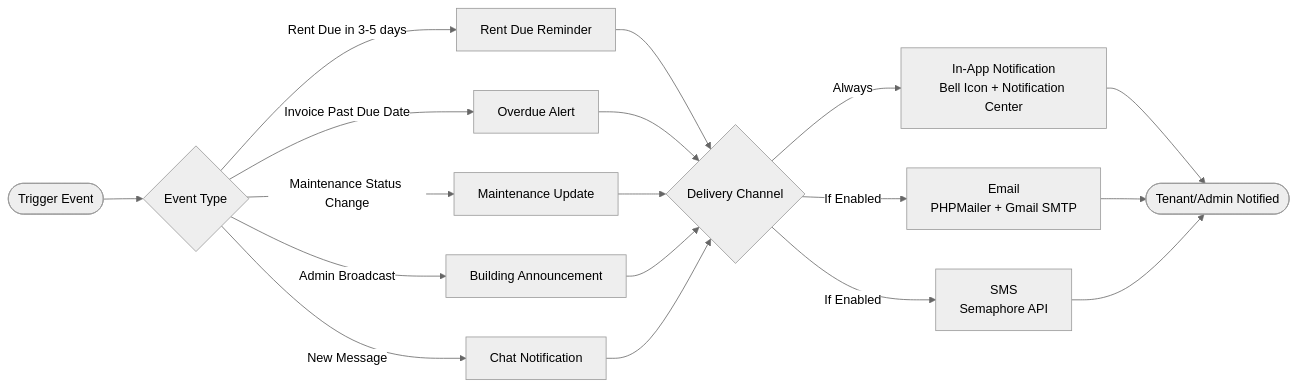
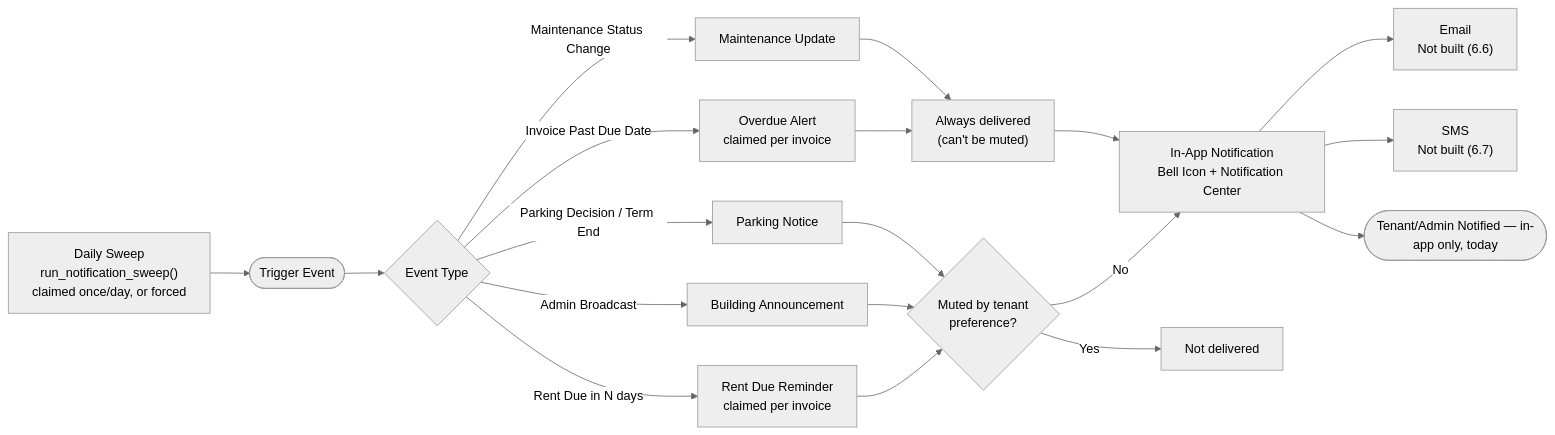
The sixth of 11 diagrams in docs/features/panelist_feature_checklist.md (Keonbe/ApartmentManagementSystem_React), drawn with Mermaid (neutral theme) before and after one commit. The commit also changed other lines of this file and 72 other files, not shown here.

````diff
--- a/docs/features/panelist_feature_checklist.md
+++ b/docs/features/panelist_feature_checklist.md
@@ -216,20 +216,21 @@
 ```mermaid
 flowchart LR
+    S["Daily Sweep<br/>run_notification_sweep()<br/>claimed once/day, or forced"] --> A
     A(["Trigger Event"]) --> B{"Event Type"}
-    B -->|Rent Due in 3-5 days| C["Rent Due Reminder"]
-    B -->|Invoice Past Due Date| D["Overdue Alert"]
+    B -->|Rent Due in N days| C["Rent Due Reminder<br/>claimed per invoice"]
+    B -->|Invoice Past Due Date| D["Overdue Alert<br/>claimed per invoice"]
     B -->|Maintenance Status Change| E["Maintenance Update"]
     B -->|Admin Broadcast| F["Building Announcement"]
-    B -->|New Message| G["Chat Notification"]
-    C --> H{"Delivery Channel"}
-    D --> H
-    E --> H
+    B -->|Parking Decision / Term End| M["Parking Notice"]
+    C --> H{"Muted by tenant<br/>preference?"}
+    D --> H2["Always delivered<br/>(can't be muted)"]
+    E --> H2
     F --> H
-    G --> H
-    H -->|Always| I["In-App Notification<br/>Bell Icon + Notification Center"]
-    H -->|If Enabled| J["Email<br/>PHPMailer + Gmail SMTP"]
-    H -->|If Enabled| K["SMS<br/>Semaphore API"]
-    I --> L(["Tenant/Admin Notified"])
-    J --> L
-    K --> L
+    M --> H
+    H -->|No| I["In-App Notification<br/>Bell Icon + Notification Center"]
+    H -->|Yes| SKIP["Not delivered"]
+    H2 --> I
+    I --> J["Email<br/>Not built (6.6)"]
+    I --> K["SMS<br/>Not built (6.7)"]
+    I --> L(["Tenant/Admin Notified — in-app only, today"])
 ```
````
